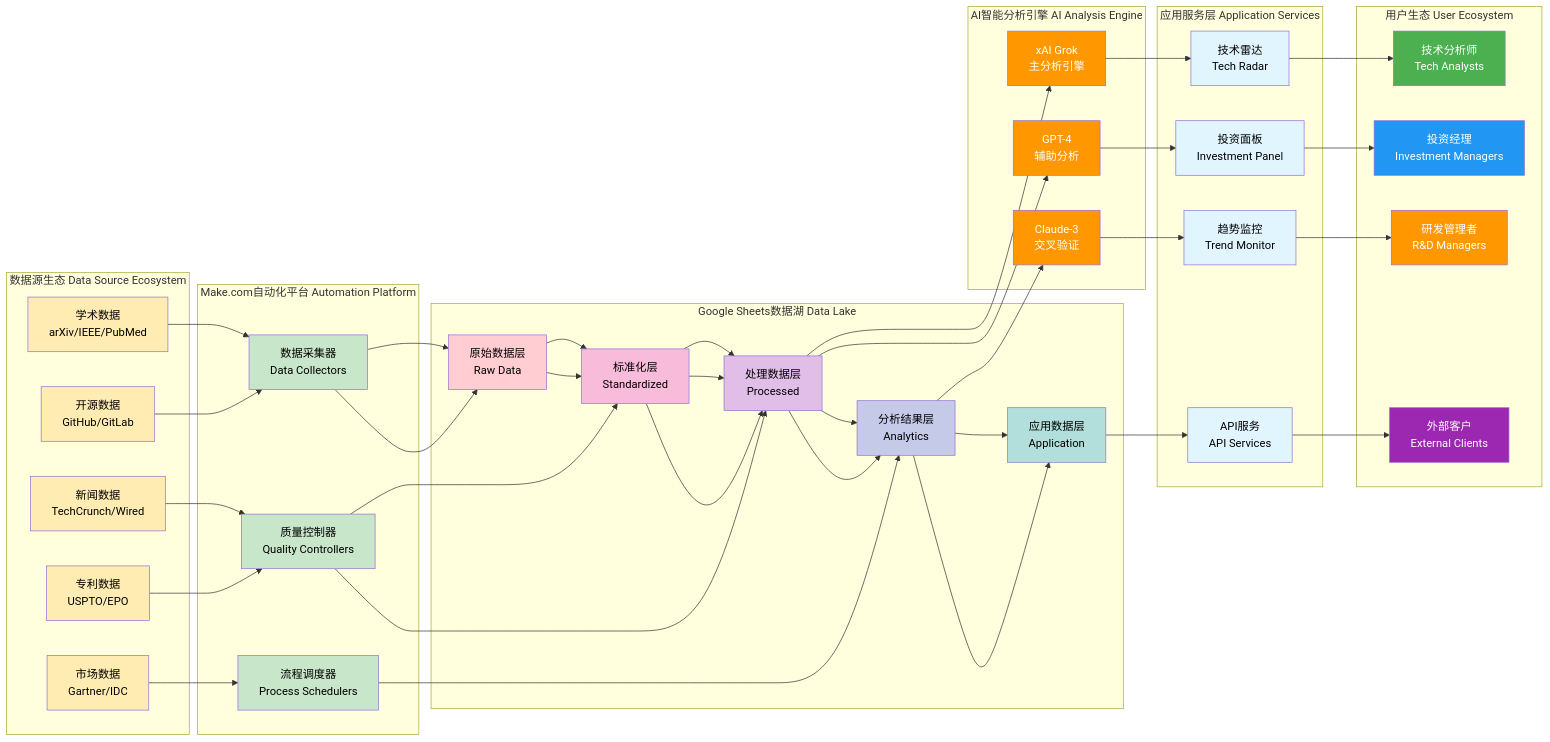
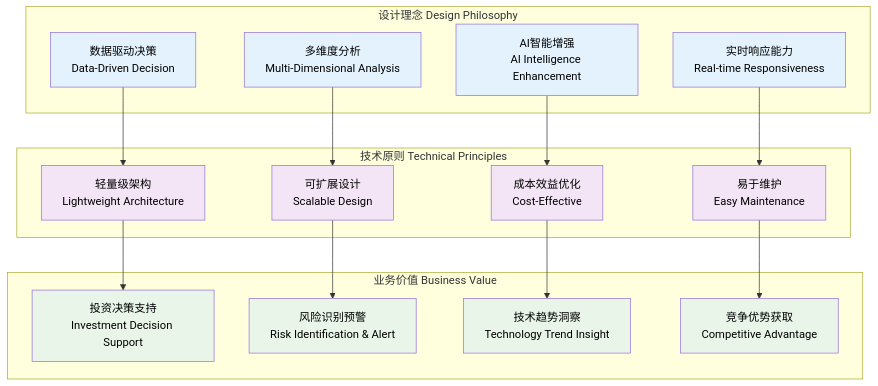
Before and after one commit to wisdom-future/ict-weekly-reports: the first of 8 diagrams in doc/ict-insight.md, drawn with Mermaid. The commit also changed other lines of this file, not shown here.

````diff
--- a/doc/ict-insight.md
+++ b/doc/ict-insight.md
@@ -5,75 +18,41 @@
 ```mermaid
-graph LR
-    subgraph "数据源生态 Data Source Ecosystem"
-        DS1[学术数据<br/>arXiv/IEEE/PubMed]
-        DS2[开源数据<br/>GitHub/GitLab]
-        DS3[新闻数据<br/>TechCrunch/Wired]
-        DS4[专利数据<br/>USPTO/EPO]
-        DS5[市场数据<br/>Gartner/IDC]
+graph TD
+    subgraph "设计理念 Design Philosophy"
+        A[数据驱动决策<br/>Data-Driven Decision]
+        B[多维度分析<br/>Multi-Dimensional Analysis]
+        C[AI智能增强<br/>AI Intelligence Enhancement]
+        D[实时响应能力<br/>Real-time Responsiveness]
     end
     
-    subgraph "Make.com自动化平台 Automation Platform"
-        MAKE1[数据采集器<br/>Data Collectors]
-        MAKE2[质量控制器<br/>Quality Controllers]
-        MAKE3[流程调度器<br/>Process Schedulers]
+    subgraph "技术原则 Technical Principles"
+        E[轻量级架构<br/>Lightweight Architecture]
+        F[可扩展设计<br/>Scalable Design]
+        G[成本效益优化<br/>Cost-Effective]
+        H[易于维护<br/>Easy Maintenance]
     end
     
-    subgraph "Google Sheets数据湖 Data Lake"
-        LAKE1[原始数据层<br/>Raw Data]
-        LAKE2[标准化层<br/>Standardized]
-        LAKE3[处理数据层<br/>Processed]
-        LAKE4[分析结果层<br/>Analytics]
-        LAKE5[应用数据层<br/>Application]
+    subgraph "业务价值 Business Value"
+        I[投资决策支持<br/>Investment Decision Support]
+        J[风险识别预警<br/>Risk Identification & Alert]
+        K[技术趋势洞察<br/>Technology Trend Insight]
+        L[竞争优势获取<br/>Competitive Advantage]
     end
     
-    subgraph "AI智能分析引擎 AI Analysis Engine"
-        AI1[xAI Grok<br/>主分析引擎]
-        AI2[GPT-4<br/>辅助分析]
-        AI3[Claude-3<br/>交叉验证]
-    end
+    A --> E --> I
+    B --> F --> J
+    C --> G --> K
+    D --> H --> L
     
-    subgraph "应用服务层 Application Services"
-        APP1[技术雷达<br/>Tech Radar]
-        APP2[投资面板<br/>Investment Panel]
-        APP3[趋势监控<br/>Trend Monitor]
-        APP4[API服务<br/>API Services]
-    end
-    
-    subgraph "用户生态 User Ecosystem"
-        USER1[技术分析师<br/>Tech Analysts]
-        USER2[投资经理<br/>Investment Managers]
-        USER3[研发管理者<br/>R&D Managers]
-        USER4[外部客户<br/>External Clients]
-    end
-    
-    DS1 --> MAKE1 --> LAKE1 --> LAKE2 --> LAKE3 --> AI1 --> APP1 --> USER1
-    DS2 --> MAKE1 --> LAKE1 --> LAKE2 --> LAKE3 --> AI2 --> APP2 --> USER2
-    DS3 --> MAKE2 --> LAKE2 --> LAKE3 --> LAKE4 --> AI3 --> APP3 --> USER3
-    DS4 --> MAKE2 --> LAKE3 --> LAKE4 --> LAKE5 --> APP4 --> USER4
-    DS5 --> MAKE3 --> LAKE4 --> LAKE5
-    
-    style DS1 fill:#ffecb3,color:#000
-    style DS2 fill:#ffecb3,color:#000
-    style DS3 fill:#ffecb3,color:#000
-    style DS4 fill:#ffecb3,color:#000
-    style DS5 fill:#ffecb3,color:#000
-    style MAKE1 fill:#c8e6c9,color:#000
-    style MAKE2 fill:#c8e6c9,color:#000
-    style MAKE3 fill:#c8e6c9,color:#000
-    style LAKE1 fill:#ffcdd2,color:#000
-    style LAKE2 fill:#f8bbd9,color:#000
-    style LAKE3 fill:#e1bee7,color:#000
-    style LAKE4 fill:#c5cae9,color:#000
-    style LAKE5 fill:#b2dfdb,color:#000
-    style AI1 fill:#ff9800,color:#fff
-    style AI2 fill:#ff9800,color:#fff
-    style AI3 fill:#ff9800,color:#fff
-    style APP1 fill:#e1f5fe,color:#000
-    style APP2 fill:#e1f5fe,color:#000
-    style APP3 fill:#e1f5fe,color:#000
-    style APP4 fill:#e1f5fe,color:#000
-    style USER1 fill:#4caf50,color:#fff
-    style USER2 fill:#2196f3,color:#fff
-    style USER3 fill:#ff9800,color:#fff
-    style USER4 fill:#9c27b0,color:#fff
+    style A fill:#e3f2fd,color:#000
+    style B fill:#e3f2fd,color:#000
+    style C fill:#e3f2fd,color:#000
+    style D fill:#e3f2fd,color:#000
+    style E fill:#f3e5f5,color:#000
+    style F fill:#f3e5f5,color:#000
+    style G fill:#f3e5f5,color:#000
+    style H fill:#f3e5f5,color:#000
+    style I fill:#e8f5e8,color:#000
+    style J fill:#e8f5e8,color:#000
+    style K fill:#e8f5e8,color:#000
+    style L fill:#e8f5e8,color:#000
 ```
````
